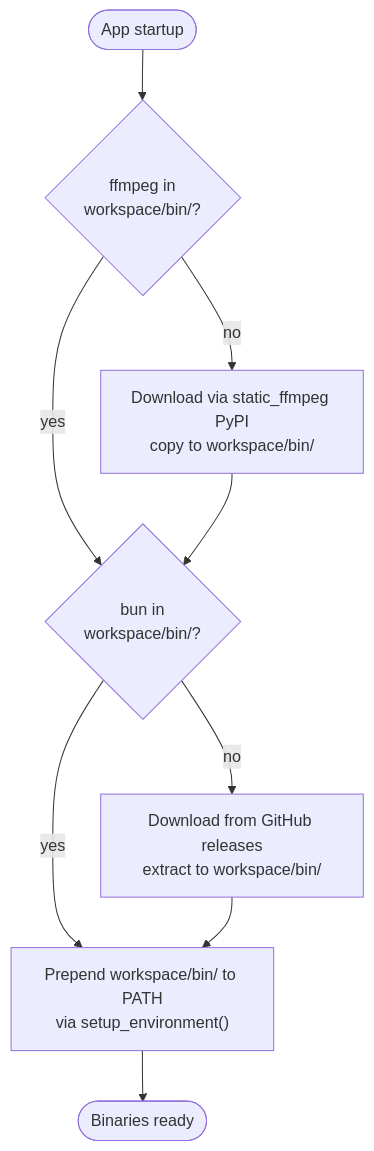
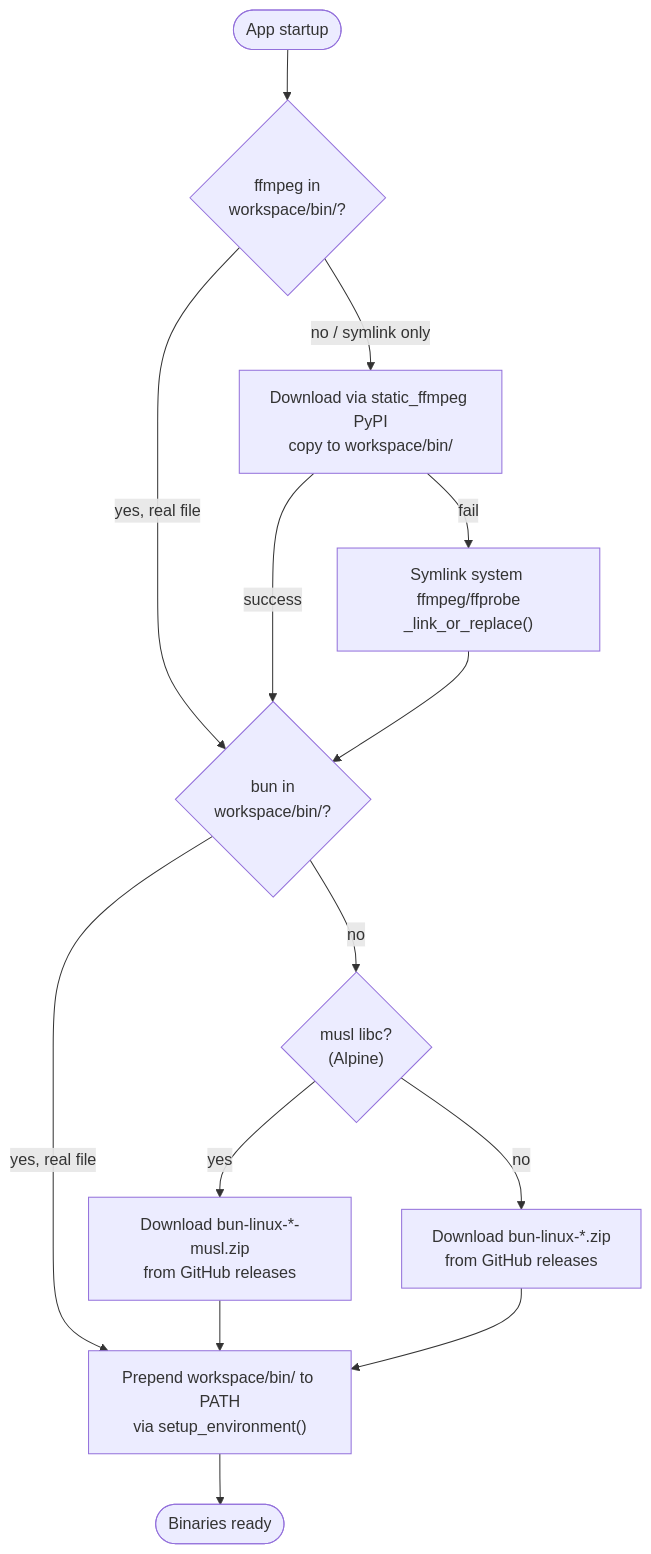
Before and after one commit to dimaskiddo/yt-dl: the third of 4 diagrams in docs/ARCHITECTURE.md, drawn with Mermaid. The commit also changed other lines of this file and 6 other files, not shown here.

````diff
--- a/docs/ARCHITECTURE.md
+++ b/docs/ARCHITECTURE.md
@@ -131,15 +131,20 @@
 ```mermaid
 flowchart TD
     Start([App startup]) --> CheckFFmpeg{"ffmpeg in<br/>workspace/bin/?"}
-    CheckFFmpeg -- "yes" --> CheckBun
-    CheckFFmpeg -- "no" --> DLFFmpeg["Download via static_ffmpeg PyPI<br/>copy to workspace/bin/"]
-    DLFFmpeg --> CheckBun
+    CheckFFmpeg -- "yes, real file" --> CheckBun
+    CheckFFmpeg -- "no / symlink only" --> DLFFmpeg["Download via static_ffmpeg PyPI<br/>copy to workspace/bin/"]
+    DLFFmpeg -- "success" --> CheckBun
+    DLFFmpeg -- "fail" --> LinkSys["Symlink system ffmpeg/ffprobe<br/>_link_or_replace()"]
+    LinkSys --> CheckBun
 
     CheckBun{"bun in<br/>workspace/bin/?"}
-    CheckBun -- "yes" --> SetupPath
-    CheckBun -- "no" --> DLBun["Download from GitHub releases<br/>extract to workspace/bin/"]
+    CheckBun -- "yes, real file" --> SetupPath
+    CheckBun -- "no" --> DetectMusl{"musl libc?<br/>(Alpine)"}
+    DetectMusl -- "yes" --> DLBunMusl["Download bun-linux-*-musl.zip<br/>from GitHub releases"]
+    DetectMusl -- "no" --> DLBun["Download bun-linux-*.zip<br/>from GitHub releases"]
+    DLBunMusl --> SetupPath
     DLBun --> SetupPath
 
     SetupPath["Prepend workspace/bin/ to PATH<br/>via setup_environment()"]
     SetupPath --> Ready([Binaries ready])
 ```
````
